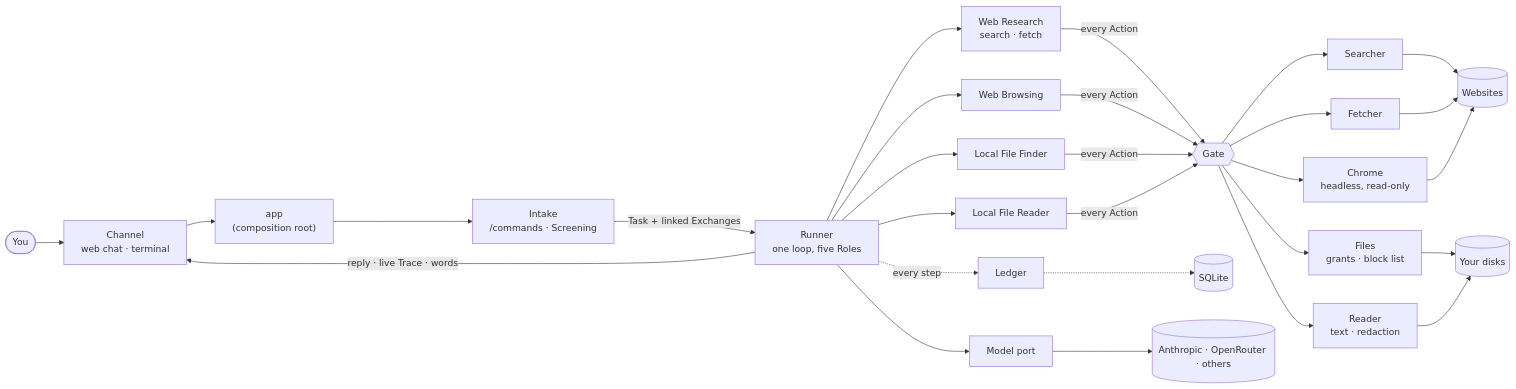
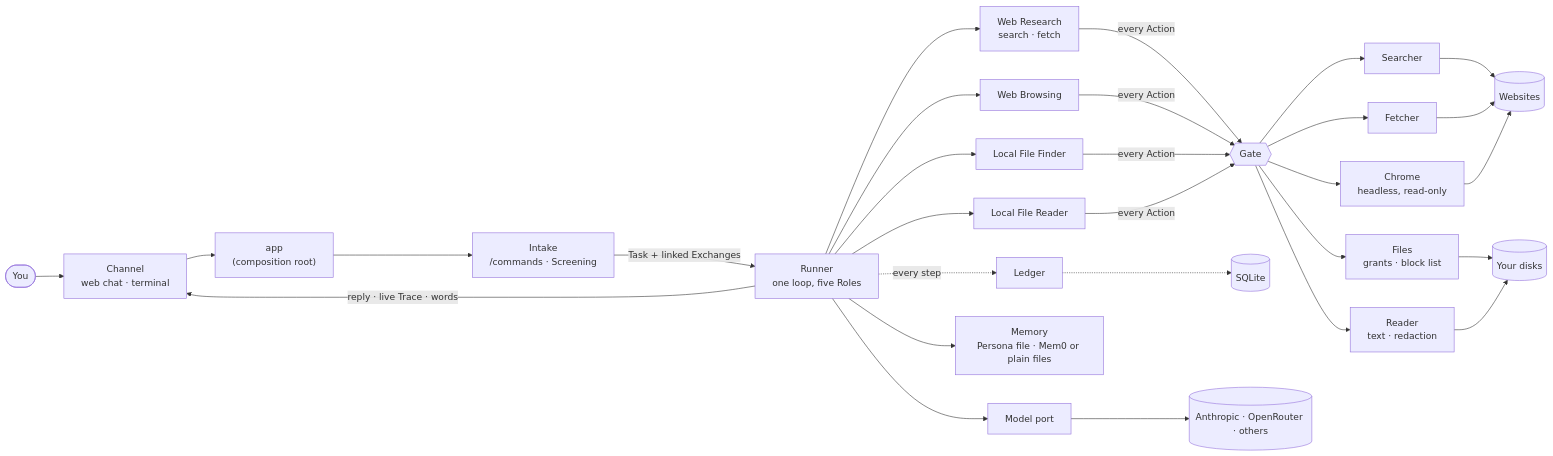
One commit to orijeet100/Stepout-AI changed the diagram in docs/architecture.md. Above: the diagram before and after it, drawn with Mermaid. The commit also changed other lines of this file and 7 other files, not shown here.

````diff
--- a/docs/architecture.md
+++ b/docs/architecture.md
@@ -7,12 +7,13 @@
 ```mermaid
 flowchart LR
     You(["You"]) --> Channel["Channel<br/>web chat · terminal"] --> App["app<br/>(composition root)"] --> Intake["Intake<br/>/commands · Screening"]
     Intake -->|Task + linked Exchanges| Runner["Runner<br/>one loop, five Roles"]
     Runner -->|reply · live Trace · words| Channel
     Runner --> Direct["Web Research<br/>search · fetch"] & BrowserA["Web Browsing"] & FilesA["Local File Finder"] & ReaderA["Local File Reader"]
     Direct & BrowserA & FilesA & ReaderA -->|every Action| Gate{{"Gate"}}
     Gate --> Search["Searcher"] & Fetcher & Chrome["Chrome<br/>headless, read-only"] --> Web[("Websites")]
     Gate --> FilesM["Files<br/>grants · block list"] & ReadText["Reader<br/>text · redaction"] --> Disk[("Your disks")]
     Runner -.->|every step| Ledger -.-> Store[("SQLite")]
+    Runner --> Memory["Memory<br/>Persona file · Mem0 or plain files"]
     Runner --> Model["Model port"] --> Providers[("Anthropic · OpenRouter · others")]
 ```
````
